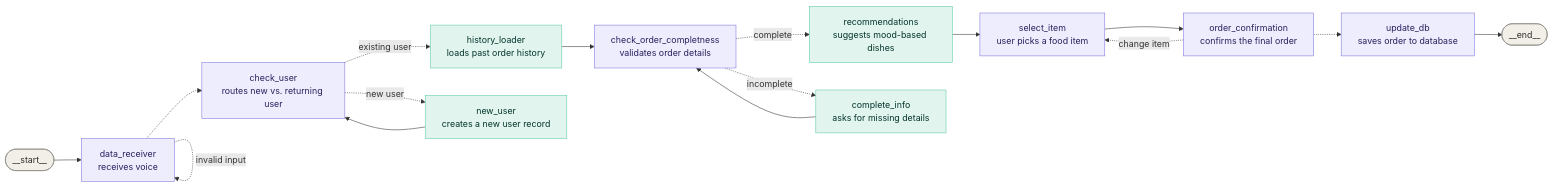
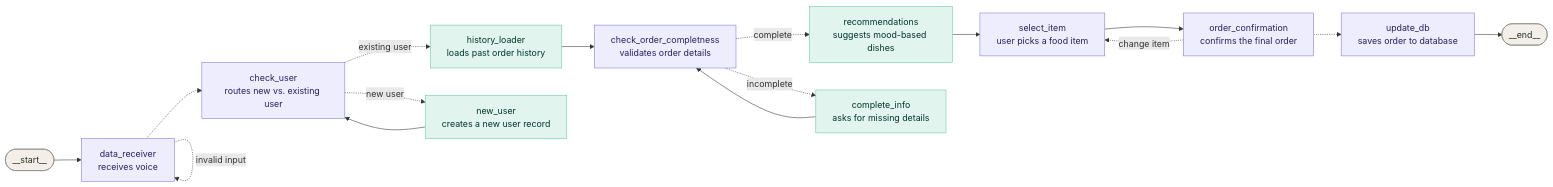
The diagram in README.md (Naeem-Mubarak/Food-Recommender-agent), drawn with Mermaid before and after one commit. The commit also changed other lines of this file, not shown here.

Commit message:
architecture added

````diff
--- a/README.md
+++ b/README.md
@@ -3,30 +3,30 @@
 ```mermaid
 flowchart LR
     start(["__start__"]) --> data_receiver["data_receiver<br/>receives voice"]
     data_receiver -.->|"invalid input"| data_receiver
-    data_receiver -.-> check_user["check_user<br/>routes new vs. returning user"]
+    data_receiver -.-> check_user["check_user<br/>routes new vs. existing user"]
 
     check_user -.->|"existing user"| history_loader["history_loader<br/>loads past order history"]
     check_user -.->|"new user"| new_user["new_user<br/>creates a new user record"]
     new_user --> check_user
 
     history_loader --> check_order_completness["check_order_completness<br/>validates order details"]
 
     check_order_completness -.->|"complete"| recommendations["recommendations<br/>suggests mood-based dishes"]
     check_order_completness -.->|"incomplete"| complete_info["complete_info<br/>asks for missing details"]
     complete_info --> check_order_completness
 
     recommendations --> select_item["select_item<br/>user picks a food item"]
     select_item --> order_confirmation["order_confirmation<br/>confirms the final order"]
     order_confirmation -.->|"change item"| select_item
     order_confirmation -.-> update_db["update_db<br/>saves order to database"]
     update_db --> end_(["__end__"])
 
     classDef pillNode fill:#F1EFE8,stroke:#888780,color:#2C2C2A,rx:20,ry:20
     classDef coreNode fill:#EEEDFE,stroke:#7F77DD,color:#26215C
     classDef branchNode fill:#E1F5EE,stroke:#5DCAA5,color:#04342C
 
     class start,end_ pillNode
     class data_receiver,check_user,check_order_completness,select_item,order_confirmation,update_db coreNode
     class history_loader,new_user,recommendations,complete_info branchNode
 ```
````
